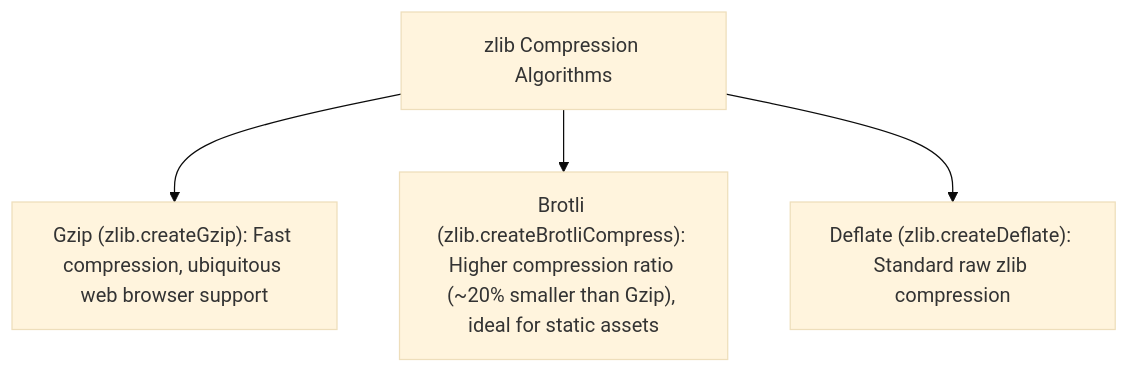
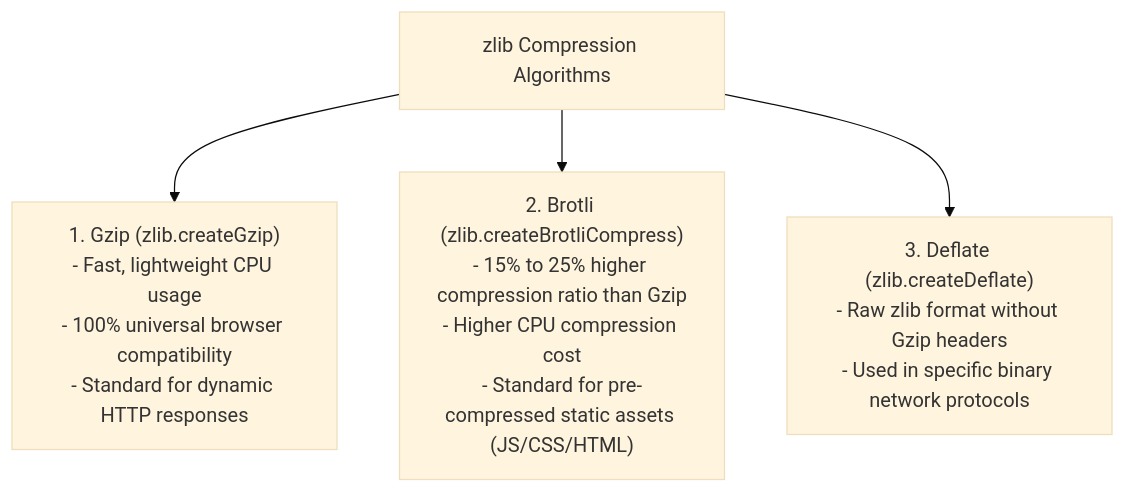
Before and after one commit to Amie-dev/engineering-playbook: the first of 2 diagrams in nodejs-notes/22-zlib-compression.md, drawn with Mermaid (base theme). The commit also changed other lines of this file and 32 other files, not shown here.

````diff
--- a/nodejs-notes/22-zlib-compression.md
+++ b/nodejs-notes/22-zlib-compression.md
@@ -10,6 +13,6 @@
 ```mermaid
 graph TD
-    Compression[zlib Compression Algorithms] --> Gzip["Gzip (zlib.createGzip): Fast compression, ubiquitous web browser support"]
-    Compression --> Brotli["Brotli (zlib.createBrotliCompress): Higher compression ratio (~20% smaller than Gzip), ideal for static assets"]
-    Compression --> Deflate["Deflate (zlib.createDeflate): Standard raw zlib compression"]
+    Algorithms[zlib Compression Algorithms] --> Gzip["1. Gzip (zlib.createGzip)<br/>- Fast, lightweight CPU usage<br/>- 100% universal browser compatibility<br/>- Standard for dynamic HTTP responses"]
+    Algorithms --> Brotli["2. Brotli (zlib.createBrotliCompress)<br/>- 15% to 25% higher compression ratio than Gzip<br/>- Higher CPU compression cost<br/>- Standard for pre-compressed static assets (JS/CSS/HTML)"]
+    Algorithms --> Deflate["3. Deflate (zlib.createDeflate)<br/>- Raw zlib format without Gzip headers<br/>- Used in specific binary network protocols"]
 ```
````
